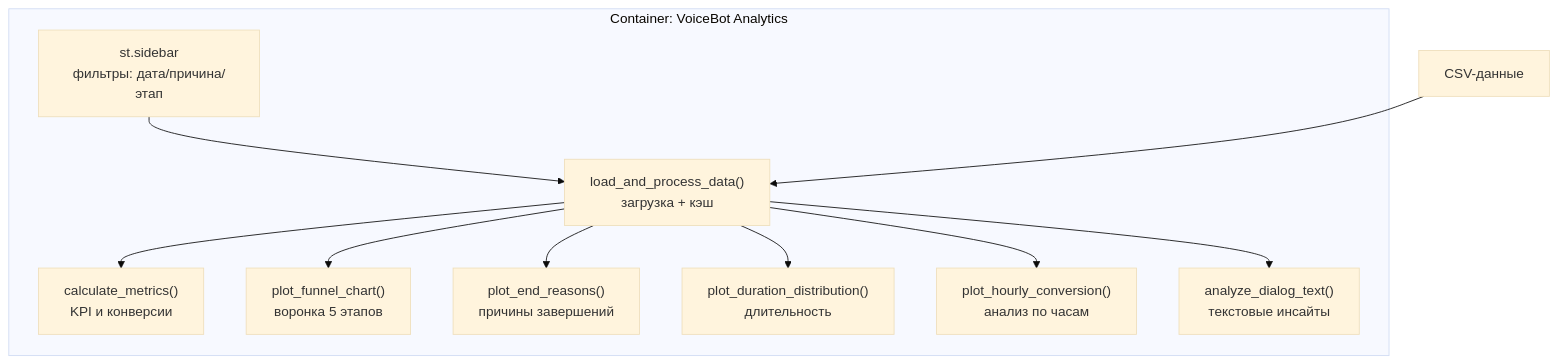
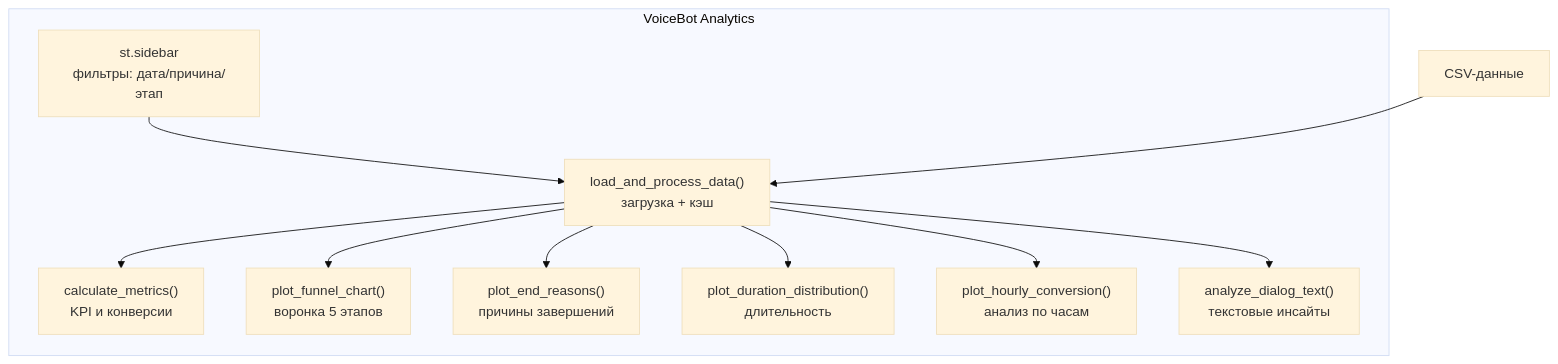
The second of 3 diagrams in ARCHITECTURE.md (SergIS777/botamin-dashboard), drawn with Mermaid (base theme) before and after one commit.

Commit message:
docs: ARCHITECTURE.md by arc42 + C4 (senior-level documentation)

````diff
--- a/ARCHITECTURE.md
+++ b/ARCHITECTURE.md
@@ -65,13 +65,13 @@
 ```mermaid
 graph TB
-    subgraph Container: VoiceBot Analytics
+    subgraph VA ["VoiceBot Analytics"]
         L["load_and_process_data()<br/>загрузка + кэш"] --> M["calculate_metrics()<br/>KPI и конверсии"]
         L --> F1["plot_funnel_chart()<br/>воронка 5 этапов"]
         L --> F2["plot_end_reasons()<br/>причины завершений"]
         L --> F3["plot_duration_distribution()<br/>длительность"]
         L --> F4["plot_hourly_conversion()<br/>анализ по часам"]
         L --> F5["analyze_dialog_text()<br/>текстовые инсайты"]
         S["st.sidebar<br/>фильтры: дата/причина/этап"] --> L
     end
     CSV["CSV-данные"] --> L
 ```
````
